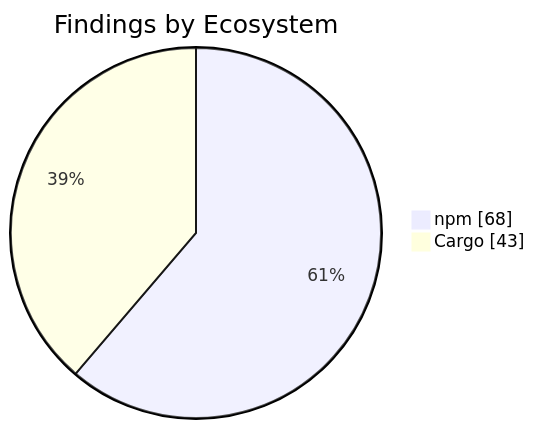
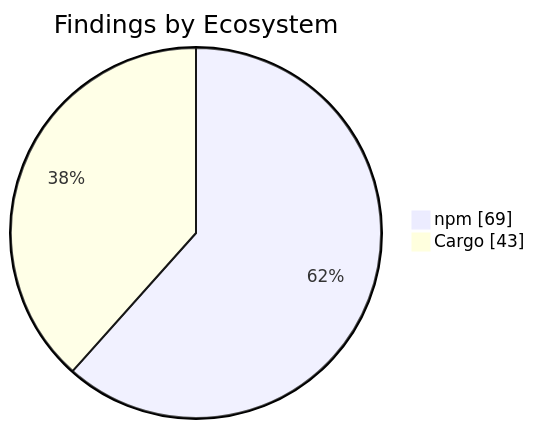
The second of 2 diagrams in apps/kbve/astro-kbve/src/content/docs/dashboard/security.mdx (KBVE/kbve), drawn with Mermaid before and after one commit. The commit also changed other lines of this file and 7 other files, not shown here.

````diff
--- a/apps/kbve/astro-kbve/src/content/docs/dashboard/security.mdx
+++ b/apps/kbve/astro-kbve/src/content/docs/dashboard/security.mdx
@@ -72,6 +72,6 @@
 ```mermaid
 pie showData
     title Findings by Ecosystem
-    "npm" : 68
+    "npm" : 69
     "Cargo" : 43
 ```
````
